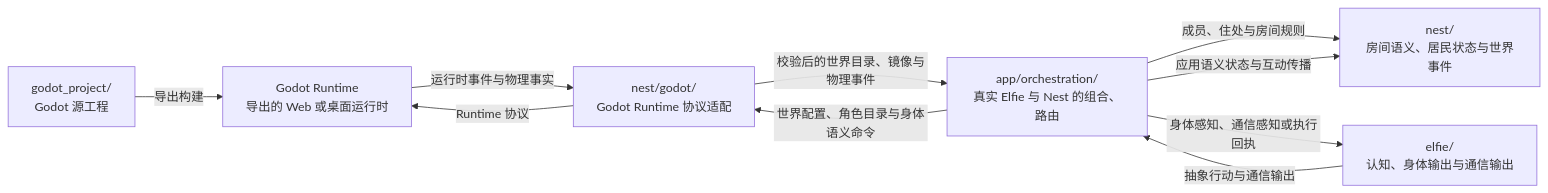
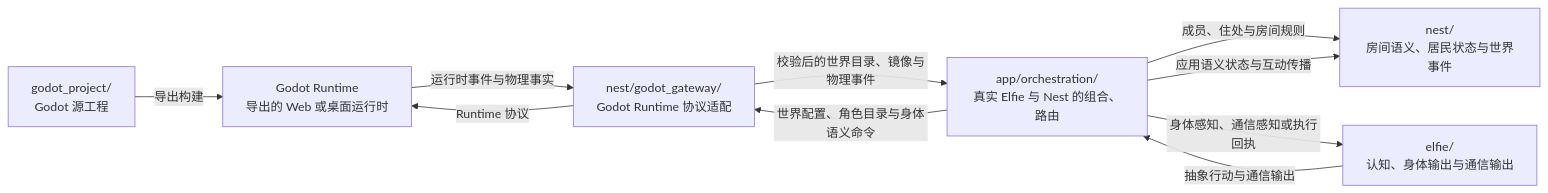
The diagram in docs/zh/developer/architecture.md (elfie-univ/ElfieNest), drawn with Mermaid before and after one commit. The commit also changed other lines of this file and 194 other files, not shown here.

Commit message:
feat(runtime): migrate supervisor and observer architecture

````diff
--- a/docs/zh/developer/architecture.md
+++ b/docs/zh/developer/architecture.md
@@ -56,19 +55,19 @@
 ```mermaid
 flowchart LR
     Source["godot_project/<br/>Godot 源工程"]
     Runtime["Godot Runtime<br/>导出的 Web 或桌面运行时"]
     Elfie["elfie/<br/>认知、身体输出与通信输出"]
     Orchestration["app/orchestration/<br/>真实 Elfie 与 Nest 的组合、路由"]
     Nest["nest/<br/>房间语义、居民状态与世界事件"]
-    Adapter["nest/godot/<br/>Godot Runtime 协议适配"]
+    Adapter["nest/godot_gateway/<br/>Godot Runtime 协议适配"]
 
     Source -->|"导出构建"| Runtime
     Elfie -->|"抽象行动与通信输出"| Orchestration
     Orchestration -->|"成员、住处与房间规则"| Nest
     Orchestration -->|"世界配置、角色目录与身体语义命令"| Adapter
     Adapter -->|"Runtime 协议"| Runtime
     Runtime -->|"运行时事件与物理事实"| Adapter
     Adapter -->|"校验后的世界目录、镜像与物理事件"| Orchestration
     Orchestration -->|"应用语义状态与互动传播"| Nest
     Orchestration -->|"身体感知、通信感知或执行回执"| Elfie
 ```
````
